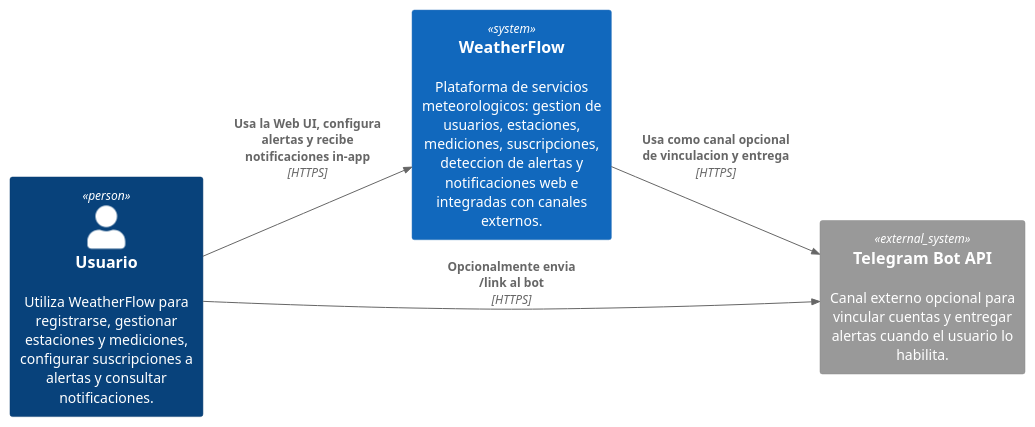
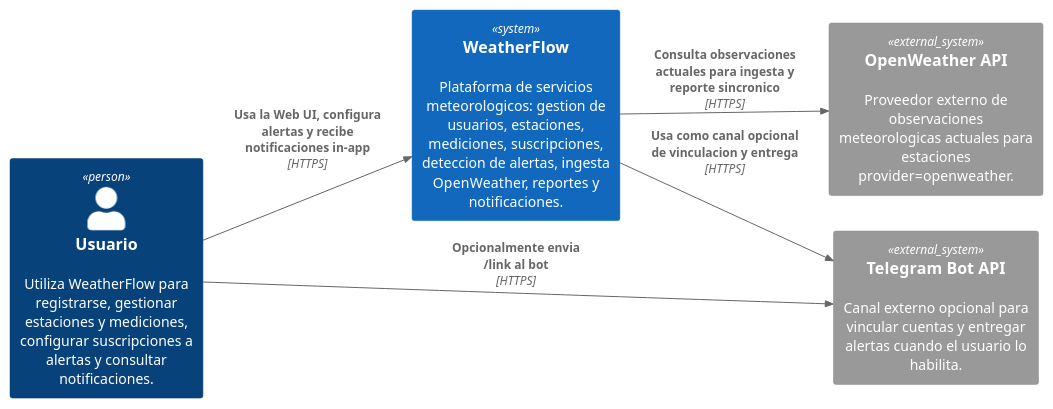
Before and after one commit to LattanzioB/WheaterFlow: the diagram in docs/architecture/c4/c4_level_1_context.plantuml, drawn with PlantUML. The commit also changed 16 other files, not shown here.

Commit message:
docs(e03): complete delivery iii architecture docs

```diff
--- a/docs/architecture/c4/c4_level_1_context.plantuml
+++ b/docs/architecture/c4/c4_level_1_context.plantuml
@@ -1,16 +1,18 @@
 @startuml c4_level_1_context
 !include https://raw.githubusercontent.com/plantuml-stdlib/C4-PlantUML/master/C4_Context.puml
 
 LAYOUT_LEFT_RIGHT()
 
 Person(usuario, "Usuario", "Utiliza WeatherFlow para registrarse, gestionar estaciones y mediciones, configurar suscripciones a alertas y consultar notificaciones.")
 
-System(weatherflow, "WeatherFlow", "Plataforma de servicios meteorologicos: gestion de usuarios, estaciones, mediciones, suscripciones, deteccion de alertas y notificaciones web e integradas con canales externos.")
+System(weatherflow, "WeatherFlow", "Plataforma de servicios meteorologicos: gestion de usuarios, estaciones, mediciones, suscripciones, deteccion de alertas, ingesta OpenWeather, reportes y notificaciones.")
 
+System_Ext(openweather, "OpenWeather API", "Proveedor externo de observaciones meteorologicas actuales para estaciones provider=openweather.")
 System_Ext(telegram, "Telegram Bot API", "Canal externo opcional para vincular cuentas y entregar alertas cuando el usuario lo habilita.")
 
 Rel(usuario, weatherflow, "Usa la Web UI, configura alertas y recibe notificaciones in-app", "HTTPS")
+Rel(weatherflow, openweather, "Consulta observaciones actuales para ingesta y reporte sincronico", "HTTPS")
 Rel(weatherflow, telegram, "Usa como canal opcional de vinculacion y entrega", "HTTPS")
 Rel(usuario, telegram, "Opcionalmente envia /link al bot", "HTTPS")
 
 @enduml
```
